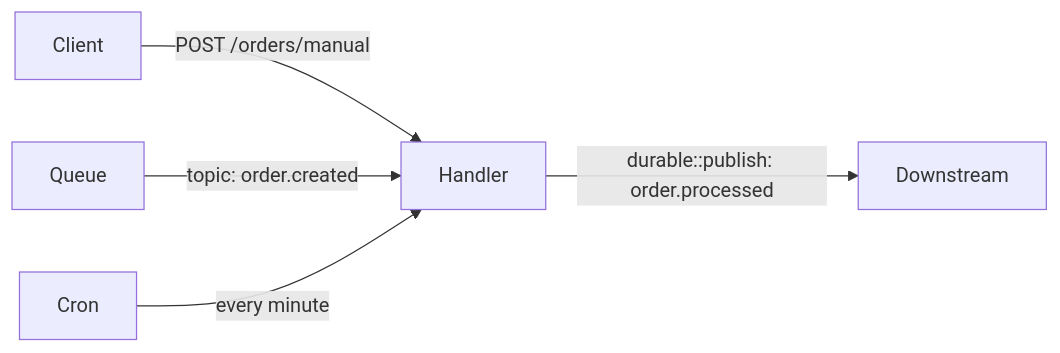
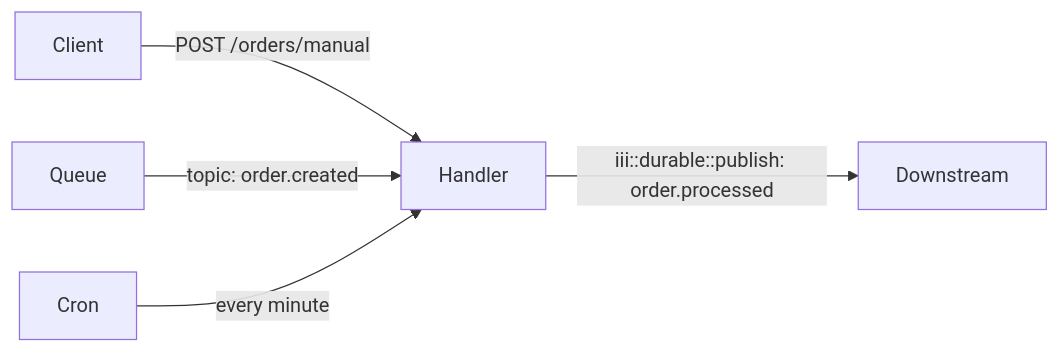
Before and after one commit to iii-hq/iii: the diagram in docs/examples/multi-trigger.mdx, drawn with Mermaid. The commit also changed other lines of this file and 24 other files, not shown here.

First line of the commit message:
refactor: rename durable::publish to iii::durable::publish

````diff
--- a/docs/examples/multi-trigger.mdx
+++ b/docs/examples/multi-trigger.mdx
@@ -8,7 +8,7 @@
 ```mermaid
 graph LR
     Client -->|"POST /orders/manual"| Handler
     Queue -->|"topic: order.created"| Handler
     Cron -->|"every minute"| Handler
-    Handler -->|"durable::publish: order.processed"| Downstream
+    Handler -->|"iii::durable::publish: order.processed"| Downstream
 ```
````
